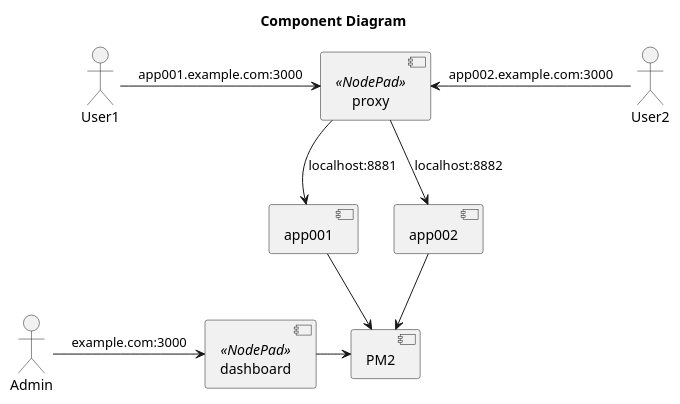
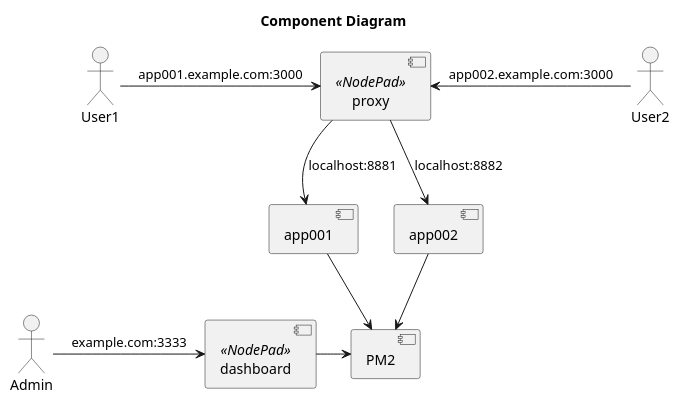
Before and after one commit to jamro/nodepad: the diagram in docs/arch.puml, drawn with PlantUML. The commit also changed 1 other file, not shown here.

Commit message:
docs: fix dashboard port in arch diagram

```diff
--- a/docs/arch.puml
+++ b/docs/arch.puml
@@ -1,20 +1,20 @@
 @startuml
 
 title Component Diagram
 
 Actor Admin
 Actor User1
 Actor User2
 [proxy] as proxy << NodePad >>
 [dashboard] as dashbard << NodePad >>
 
 User1 -> [proxy] : app001.example.com:3000
 [proxy] <- User2 : app002.example.com:3000
 [proxy] --> [app001]: localhost:8881
 [proxy] --> [app002] : localhost:8882
 [app001] --> [PM2]
 [app002] --> [PM2]
-Admin -> [dashbard] : example.com:3000
+Admin -> [dashbard] : example.com:3333
 [dashbard] -> [PM2]
 
 @enduml
```
